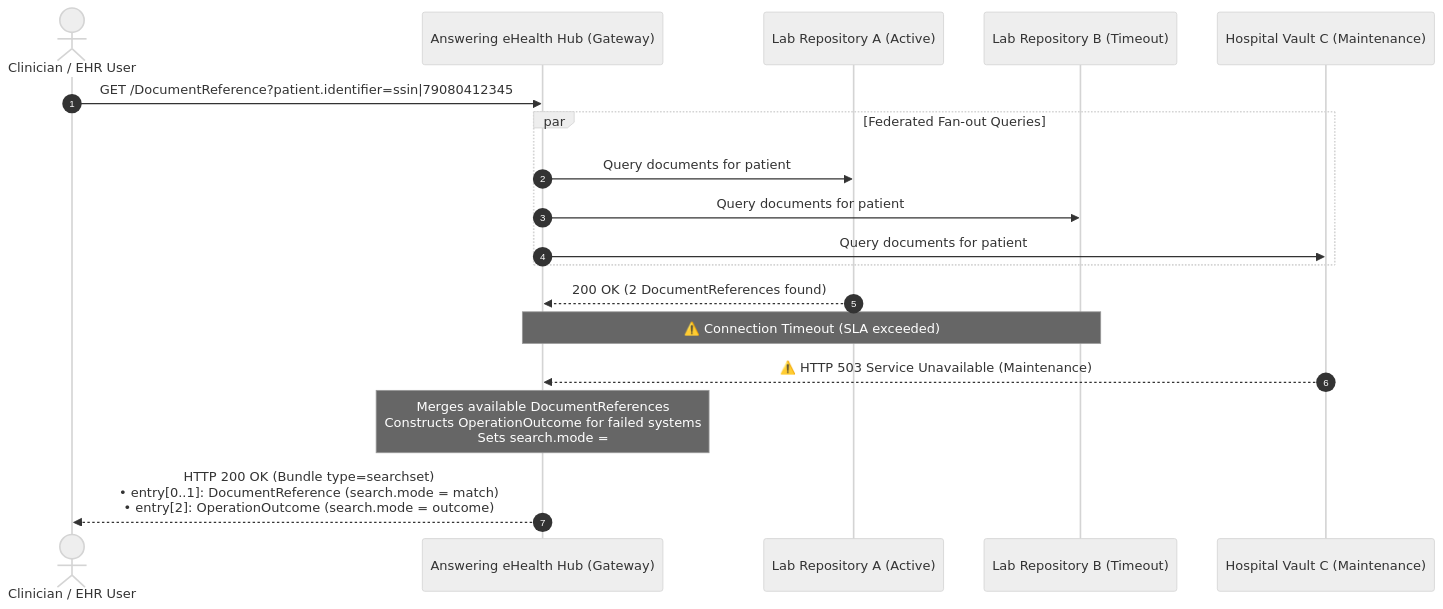
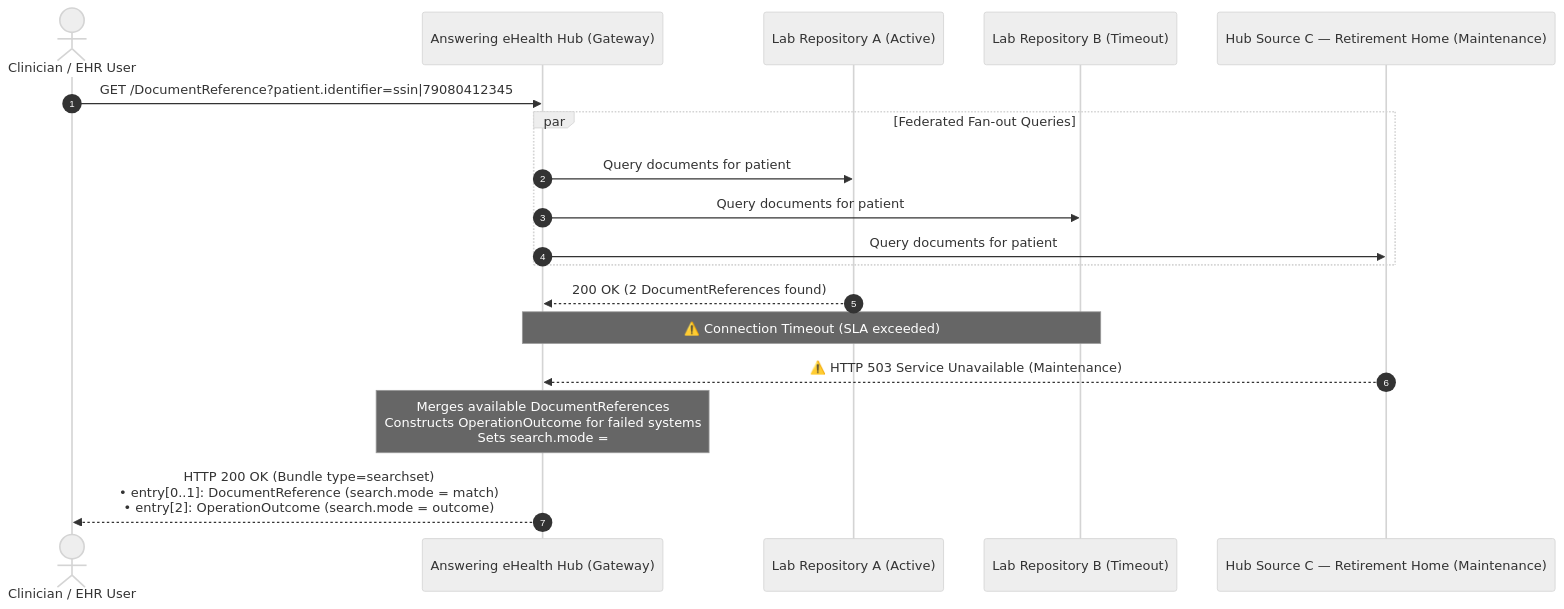
Before and after one commit to Erwin-Bellon/hubsharing: the second of 3 diagrams in input/pagecontent/transactions.md, drawn with Mermaid (neutral theme). The commit also changed other lines of this file and 17 other files, not shown here.

````diff
--- a/input/pagecontent/transactions.md
+++ b/input/pagecontent/transactions.md
@@ -182,22 +198,22 @@
 ```mermaid
 sequenceDiagram
     autonumber
     actor Clinician as Clinician / EHR User
     participant Gateway as Answering eHealth Hub (Gateway)
     participant Lab1 as Lab Repository A (Active)
     participant Lab2 as Lab Repository B (Timeout)
-    participant VaultC as Hospital Vault C (Maintenance)
+    participant SrcC as Hub Source C — Retirement Home (Maintenance)
 
     Clinician->>Gateway: GET /DocumentReference?patient.identifier=ssin|79080412345
     par Federated Fan-out Queries
         Gateway->>Lab1: Query documents for patient
         Gateway->>Lab2: Query documents for patient
-        Gateway->>VaultC: Query documents for patient
+        Gateway->>SrcC: Query documents for patient
     end
     Lab1-->>Gateway: 200 OK (2 DocumentReferences found)
     Note over Lab2,Gateway: ⚠️ Connection Timeout (SLA exceeded)
-    VaultC-->>Gateway: ⚠️ HTTP 503 Service Unavailable (Maintenance)
+    SrcC-->>Gateway: ⚠️ HTTP 503 Service Unavailable (Maintenance)
 
     Note over Gateway: Merges available DocumentReferences<br/>Constructs OperationOutcome for failed systems<br/>Sets search.mode = #outcome
     Gateway-->>Clinician: HTTP 200 OK (Bundle type=searchset)<br/>• entry[0..1]: DocumentReference (search.mode = match)<br/>• entry[2]: OperationOutcome (search.mode = outcome)
 ```
````
